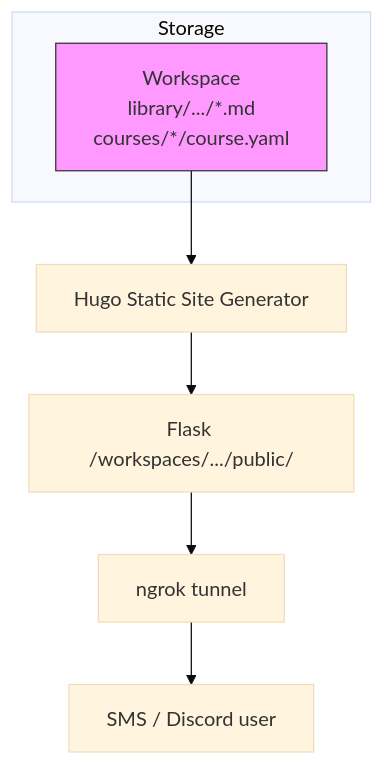
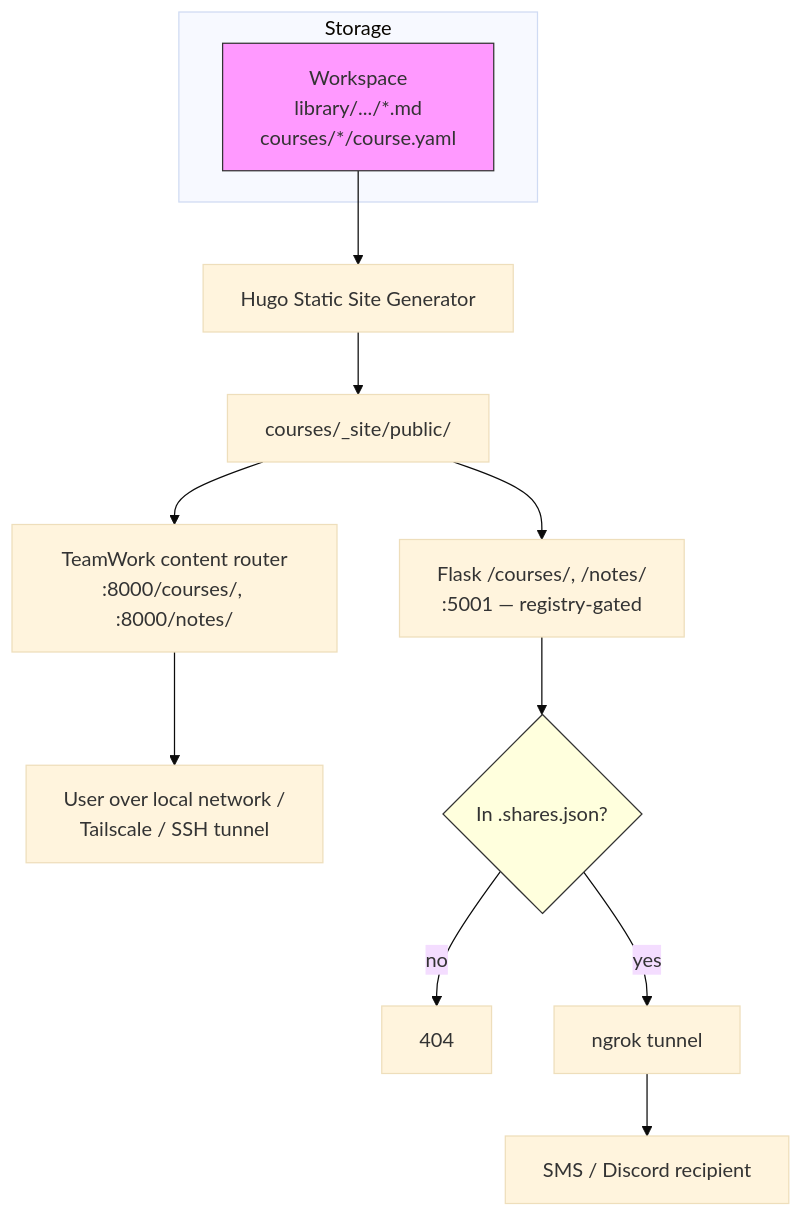
Before and after one commit to praxagent/prax: the diagram in docs/infrastructure/content-publishing.md, drawn with Mermaid (base theme). The commit also changed other lines of this file and 32 other files, not shown here.

````diff
--- a/docs/infrastructure/content-publishing.md
+++ b/docs/infrastructure/content-publishing.md
@@ -30,13 +33,21 @@
 ```mermaid
 graph TD
     subgraph Storage
         WS[Workspace<br/>library/.../*.md<br/>courses/*/course.yaml]
     end
 
     WS --> Hugo[Hugo Static Site Generator]
-    Hugo --> Flask[Flask /workspaces/.../public/]
-    Flask --> ngrok[ngrok tunnel]
-    ngrok --> User1[SMS / Discord user]
+    Hugo --> SitePublic[courses/_site/public/]
+
+    SitePublic --> TWRouter[TeamWork content router<br/>:8000/courses/, :8000/notes/]
+    TWRouter --> Local[User over local network /<br/>Tailscale / SSH tunnel]
+
+    SitePublic --> FlaskRoute[Flask /courses/, /notes/<br/>:5001 — registry-gated]
+    FlaskRoute --> Registry{In .shares.json?}
+    Registry -- yes --> Ngrok[ngrok tunnel]
+    Registry -- no --> 404[404]
+    Ngrok --> External[SMS / Discord recipient]
 
     style WS fill:#f9f,stroke:#333
+    style Registry fill:#ffd,stroke:#333
 ```
````
